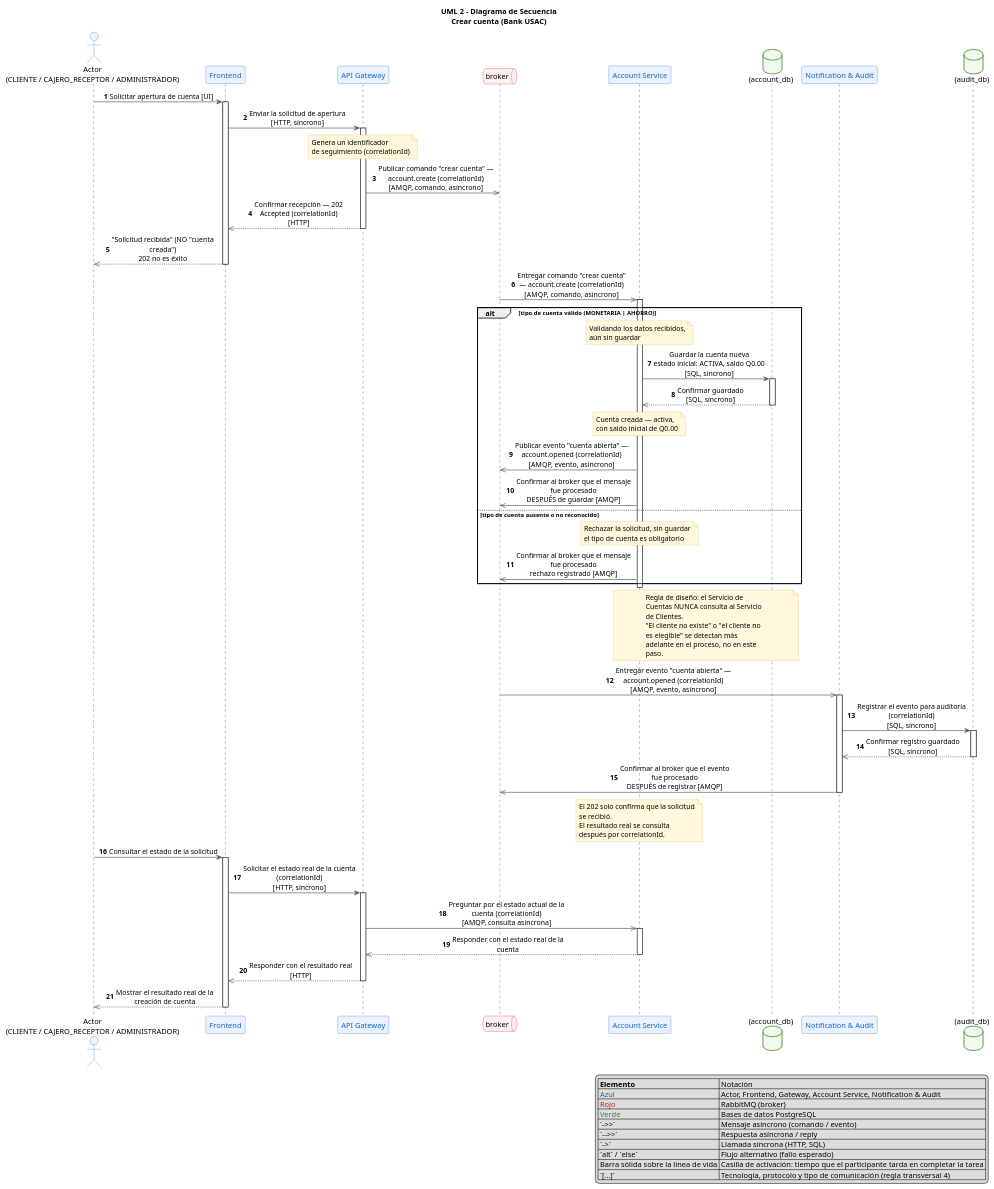
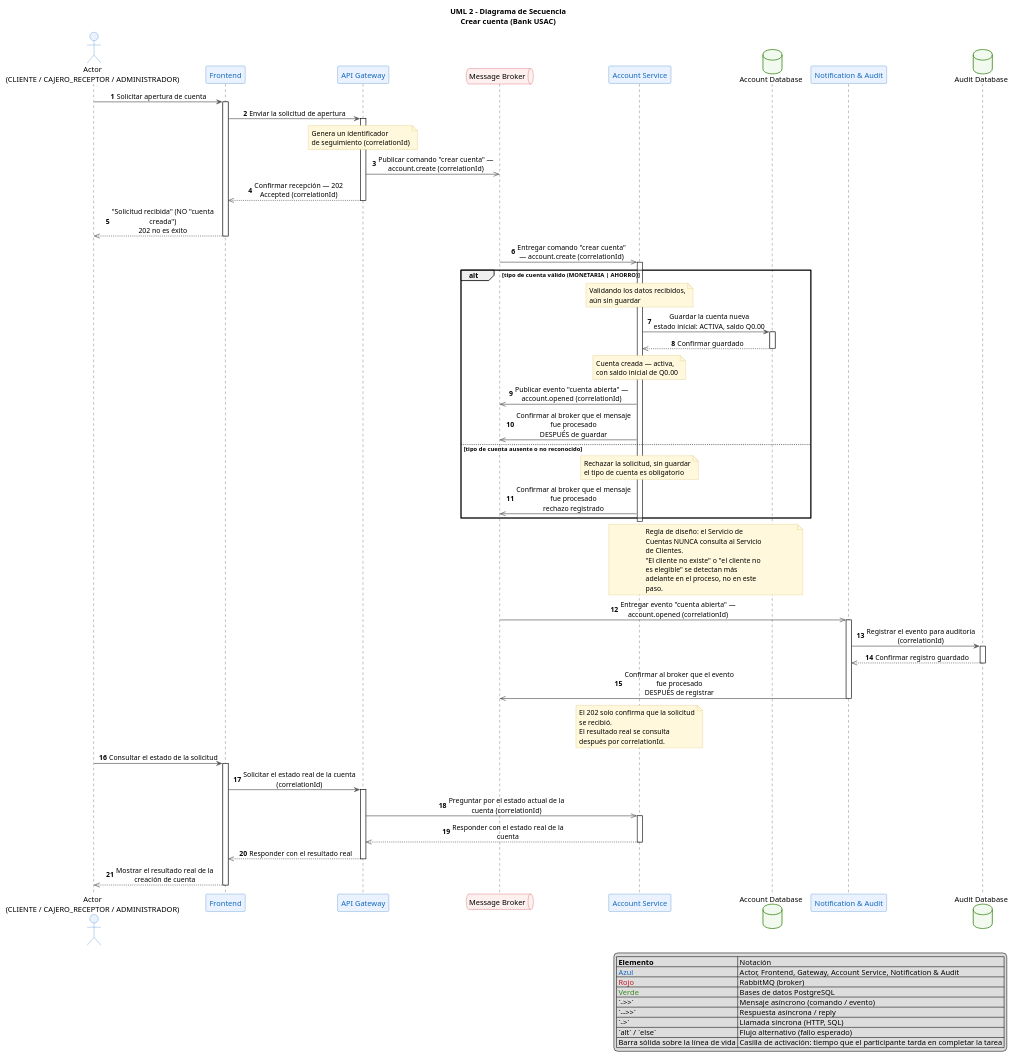
The diagram in docs/architecture/diagrams/06-uml-secuencia-crear-cuenta.puml (marcosbondel/Proyecto-SA-B-2), drawn with PlantUML before and after one commit. The commit also changed 2 other files, not shown here.

Commit message:
docs: remove technology/protocol labels from account creation sequence diagram (T-12)
Stakeholder-facing diagram should show only business actions, not
implementation details like HTTP/AMQP/SQL or framework names.

```diff
--- a/docs/architecture/diagrams/06-uml-secuencia-crear-cuenta.puml
+++ b/docs/architecture/diagrams/06-uml-secuencia-crear-cuenta.puml
@@ -1,133 +1,131 @@
 @startuml
 ' Bank USAC - UML 2 Sequence Diagram - Crear cuenta
 ' Caso de uso 2 (docs/domain/use-cases.md). Misma estructura y convenciones que el
 ' Mermaid equivalente (06-uml-secuencia-crear-cuenta.mmd); ambos deben coincidir.
 ' Las casillas de activacion (activate/deactivate) muestran cuanto tiempo mantiene
 ' cada participante una tarea en curso.
-' Los mensajes usan lenguaje de negocio (legible para stakeholders no tecnicos); las
-' etiquetas entre corchetes conservan tecnologia, protocolo y tipo de comunicacion
-' (regla transversal 4).
+' Los mensajes usan lenguaje de negocio (legible para stakeholders no tecnicos); no
+' se incluyen nombres de tecnologia, protocolo ni framework, solo la accion realizada.
 
 title UML 2 - Diagrama de Secuencia\nCrear cuenta (Bank USAC)
 
 skinparam shadowing false
 skinparam defaultFontName "Segoe UI"
 skinparam ArrowColor #555555
 skinparam ArrowThickness 1.2
 skinparam sequenceMessageAlign center
 skinparam maxMessageSize 220
 skinparam wrapWidth 220
 skinparam noteBackgroundColor #FFF8DC
 skinparam noteBorderColor #D6B656
 skinparam ParticipantBorderColor #1168BD
 skinparam ParticipantBackgroundColor #EAF2FF
 skinparam ParticipantFontColor #1168BD
 skinparam ActorBorderColor #1168BD
 skinparam ActorBackgroundColor #EAF2FF
 skinparam QueueBorderColor #C11926
 skinparam QueueBackgroundColor #FFF0F0
 skinparam DatabaseBorderColor #398819
 skinparam DatabaseBackgroundColor #F2FAEF
 skinparam LifeLineBorderColor #1168BD
 skinparam ActivationBorderColor #1168BD
 skinparam ActivationBackgroundColor #C6DBF7
 
 legend right
     |= Elemento | Notación |
     | <color:#1168BD>Azul</color> | Actor, Frontend, Gateway, Account Service, Notification & Audit |
     | <color:#C11926>Rojo</color> | RabbitMQ (broker) |
     | <color:#398819>Verde</color> | Bases de datos PostgreSQL |
     | `->>` | Mensaje asíncrono (comando / evento) |
     | `-->>` | Respuesta asíncrona / reply |
     | `->` | Llamada síncrona (HTTP, SQL) |
     | `alt` / `else` | Flujo alternativo (fallo esperado) |
     | Barra sólida sobre la línea de vida | Casilla de activación: tiempo que el participante tarda en completar la tarea |
-    | `[…]` | Tecnología, protocolo y tipo de comunicación (regla transversal 4) |
 endlegend
 
 actor "Actor\n(CLIENTE / CAJERO_RECEPTOR / ADMINISTRADOR)" as Actor
 participant "Frontend" as Frontend
 participant "API Gateway" as Gateway
-queue "broker" as Broker
+queue "Message Broker" as Broker
 participant "Account Service" as Account
-database "(account_db)" as AccountDB
+database "Account Database" as AccountDB
 participant "Notification & Audit" as Notif
-database "(audit_db)" as AuditDB
+database "Audit Database" as AuditDB
 
 autonumber
 
-Actor -> Frontend : Solicitar apertura de cuenta [UI]
+Actor -> Frontend : Solicitar apertura de cuenta
 activate Frontend
-Frontend -> Gateway : Enviar la solicitud de apertura\n[HTTP, síncrono]
+Frontend -> Gateway : Enviar la solicitud de apertura
 activate Gateway
 note over Gateway
   Genera un identificador
   de seguimiento (correlationId)
 end note
 
-Gateway ->> Broker : Publicar comando "crear cuenta" — account.create (correlationId)\n[AMQP, comando, asíncrono]
-Gateway -->> Frontend : Confirmar recepción — 202 Accepted (correlationId)\n[HTTP]
+Gateway ->> Broker : Publicar comando "crear cuenta" — account.create (correlationId)
+Gateway -->> Frontend : Confirmar recepción — 202 Accepted (correlationId)
 deactivate Gateway
 Frontend -->> Actor : "Solicitud recibida" (NO "cuenta creada")\n202 no es éxito
 deactivate Frontend
 
-Broker ->> Account : Entregar comando "crear cuenta" — account.create (correlationId)\n[AMQP, comando, asíncrono]
+Broker ->> Account : Entregar comando "crear cuenta" — account.create (correlationId)
 activate Account
 
 alt tipo de cuenta válido (MONETARIA | AHORRO)
     note over Account
       Validando los datos recibidos,
       aún sin guardar
     end note
-    Account -> AccountDB : Guardar la cuenta nueva\nestado inicial: ACTIVA, saldo Q0.00\n[SQL, síncrono]
+    Account -> AccountDB : Guardar la cuenta nueva\nestado inicial: ACTIVA, saldo Q0.00
     activate AccountDB
-    AccountDB -->> Account : Confirmar guardado\n[SQL, síncrono]
+    AccountDB -->> Account : Confirmar guardado
     deactivate AccountDB
     note over Account
       Cuenta creada — activa,
       con saldo inicial de Q0.00
     end note
-    Account ->> Broker : Publicar evento "cuenta abierta" — account.opened (correlationId)\n[AMQP, evento, asíncrono]
-    Account ->> Broker : Confirmar al broker que el mensaje fue procesado\nDESPUÉS de guardar [AMQP]
+    Account ->> Broker : Publicar evento "cuenta abierta" — account.opened (correlationId)
+    Account ->> Broker : Confirmar al broker que el mensaje fue procesado\nDESPUÉS de guardar
 else tipo de cuenta ausente o no reconocido
     note over Account
       Rechazar la solicitud, sin guardar
       el tipo de cuenta es obligatorio
     end note
-    Account ->> Broker : Confirmar al broker que el mensaje fue procesado\nrechazo registrado [AMQP]
+    Account ->> Broker : Confirmar al broker que el mensaje fue procesado\nrechazo registrado
 end
 deactivate Account
 
 note over Account, AccountDB
   Regla de diseño: el Servicio de Cuentas NUNCA consulta al Servicio de Clientes.
   "El cliente no existe" o "el cliente no es elegible" se detectan más
   adelante en el proceso, no en este paso.
 end note
 
-Broker ->> Notif : Entregar evento "cuenta abierta" — account.opened (correlationId)\n[AMQP, evento, asíncrono]
+Broker ->> Notif : Entregar evento "cuenta abierta" — account.opened (correlationId)
 activate Notif
-Notif -> AuditDB : Registrar el evento para auditoría (correlationId)\n[SQL, síncrono]
+Notif -> AuditDB : Registrar el evento para auditoría (correlationId)
 activate AuditDB
-AuditDB -->> Notif : Confirmar registro guardado\n[SQL, síncrono]
+AuditDB -->> Notif : Confirmar registro guardado
 deactivate AuditDB
-Notif ->> Broker : Confirmar al broker que el evento fue procesado\nDESPUÉS de registrar [AMQP]
+Notif ->> Broker : Confirmar al broker que el evento fue procesado\nDESPUÉS de registrar
 deactivate Notif
 
 note over Account
   El 202 solo confirma que la solicitud se recibió.
   El resultado real se consulta después por correlationId.
 end note
 
 Actor -> Frontend : Consultar el estado de la solicitud
 activate Frontend
-Frontend -> Gateway : Solicitar el estado real de la cuenta (correlationId)\n[HTTP, síncrono]
+Frontend -> Gateway : Solicitar el estado real de la cuenta (correlationId)
 activate Gateway
-Gateway ->> Account : Preguntar por el estado actual de la cuenta (correlationId)\n[AMQP, consulta asíncrona]
+Gateway ->> Account : Preguntar por el estado actual de la cuenta (correlationId)
 activate Account
 Account -->> Gateway : Responder con el estado real de la cuenta
 deactivate Account
-Gateway -->> Frontend : Responder con el resultado real\n[HTTP]
+Gateway -->> Frontend : Responder con el resultado real
 deactivate Gateway
 Frontend -->> Actor : Mostrar el resultado real de la creación de cuenta
 deactivate Frontend
 @enduml
```
